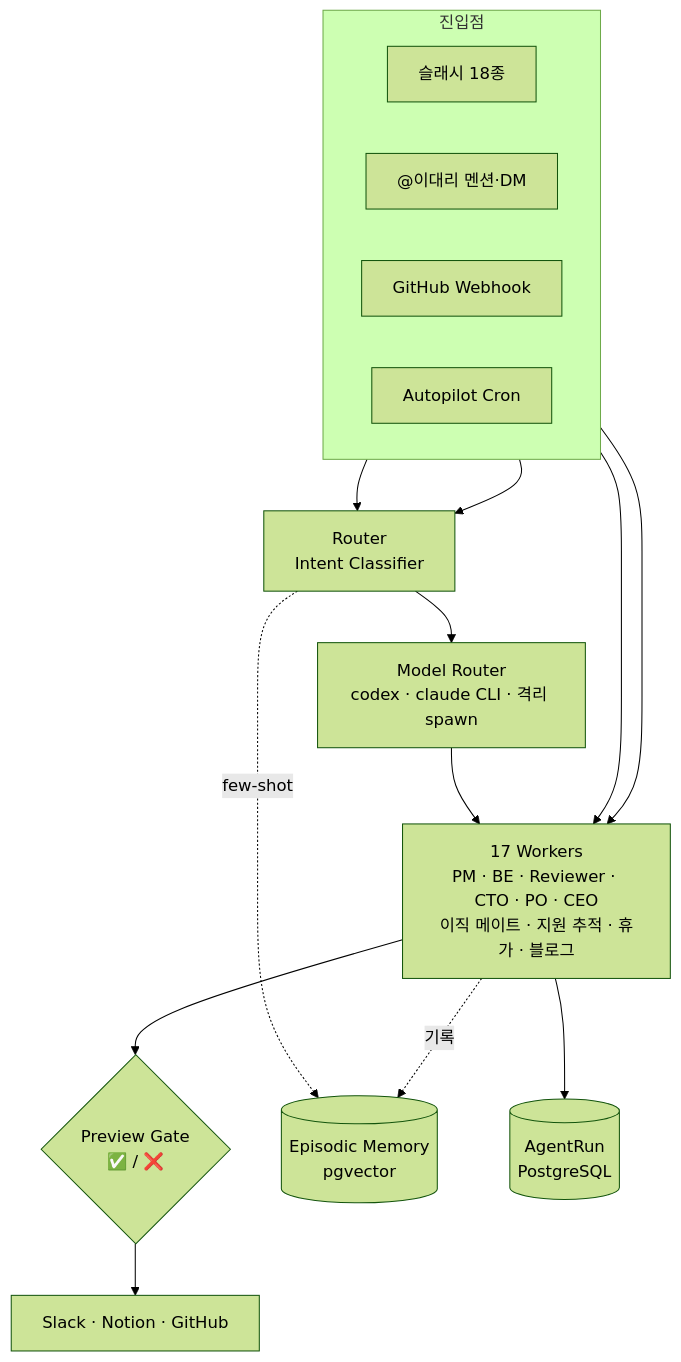
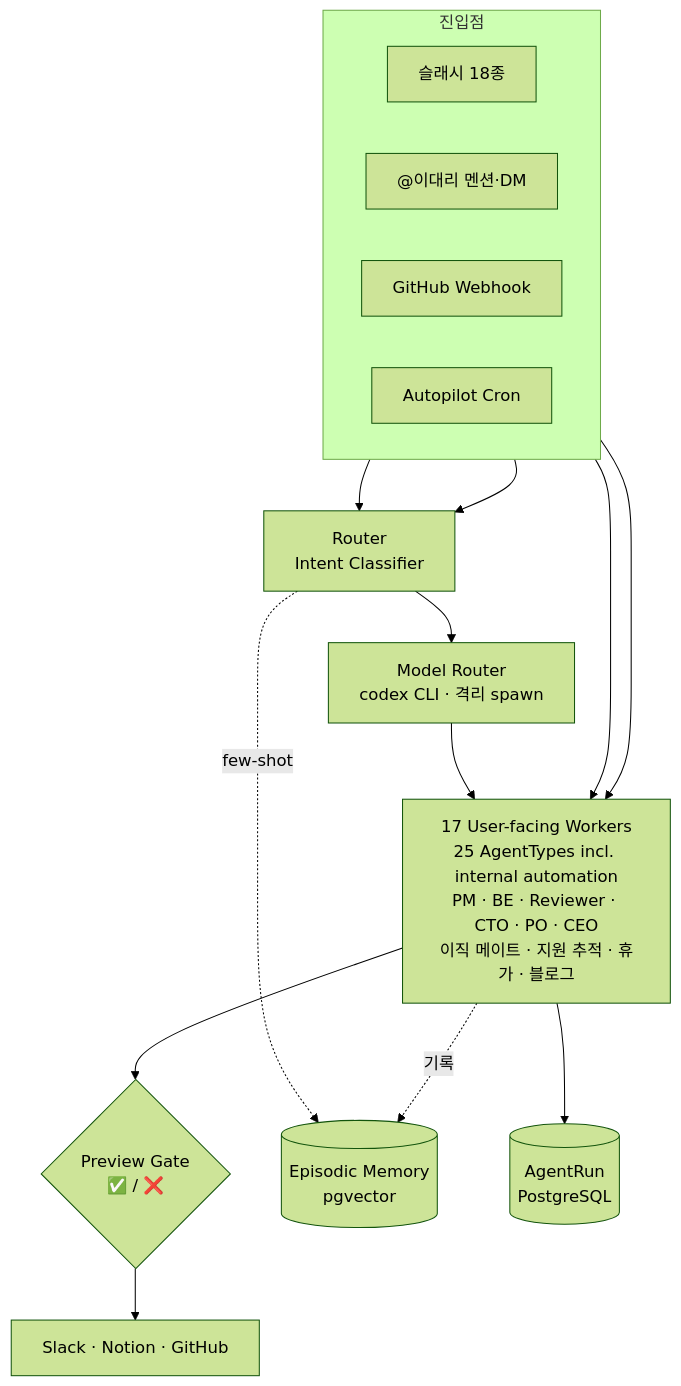
The diagram in README.md (JSL107/personal_agents), drawn with Mermaid (forest theme) before and after one commit. The commit also changed other lines of this file and 3 other files, not shown here.

````diff
--- a/README.md
+++ b/README.md
@@ -41,28 +41,28 @@
 ```mermaid
 flowchart TD
     subgraph IN["진입점"]
         direction LR
         S["슬래시 18종"]
         M["@이대리 멘션·DM"]
         W["GitHub Webhook"]
         C["Autopilot Cron"]
     end
 
     R["Router<br/>Intent Classifier"]
-    MR["Model Router<br/>codex · claude CLI · 격리 spawn"]
-    WK["17 Workers<br/>PM · BE · Reviewer · CTO · PO · CEO<br/>이직 메이트 · 지원 추적 · 휴가 · 블로그"]
+    MR["Model Router<br/>codex CLI · 격리 spawn"]
+    WK["17 User-facing Workers<br/>25 AgentTypes incl. internal automation<br/>PM · BE · Reviewer · CTO · PO · CEO<br/>이직 메이트 · 지원 추적 · 휴가 · 블로그"]
     PG{"Preview Gate<br/>✅ / ❌"}
     EXT["Slack · Notion · GitHub"]
     EM[("Episodic Memory<br/>pgvector")]
     AR[("AgentRun<br/>PostgreSQL")]
 
     S --> R
     M --> R
     R -. few-shot .-> EM
     R --> MR --> WK
     W --> WK
     C --> WK
     WK --> PG --> EXT
     WK --> AR
     WK -. 기록 .-> EM
 ```
````
